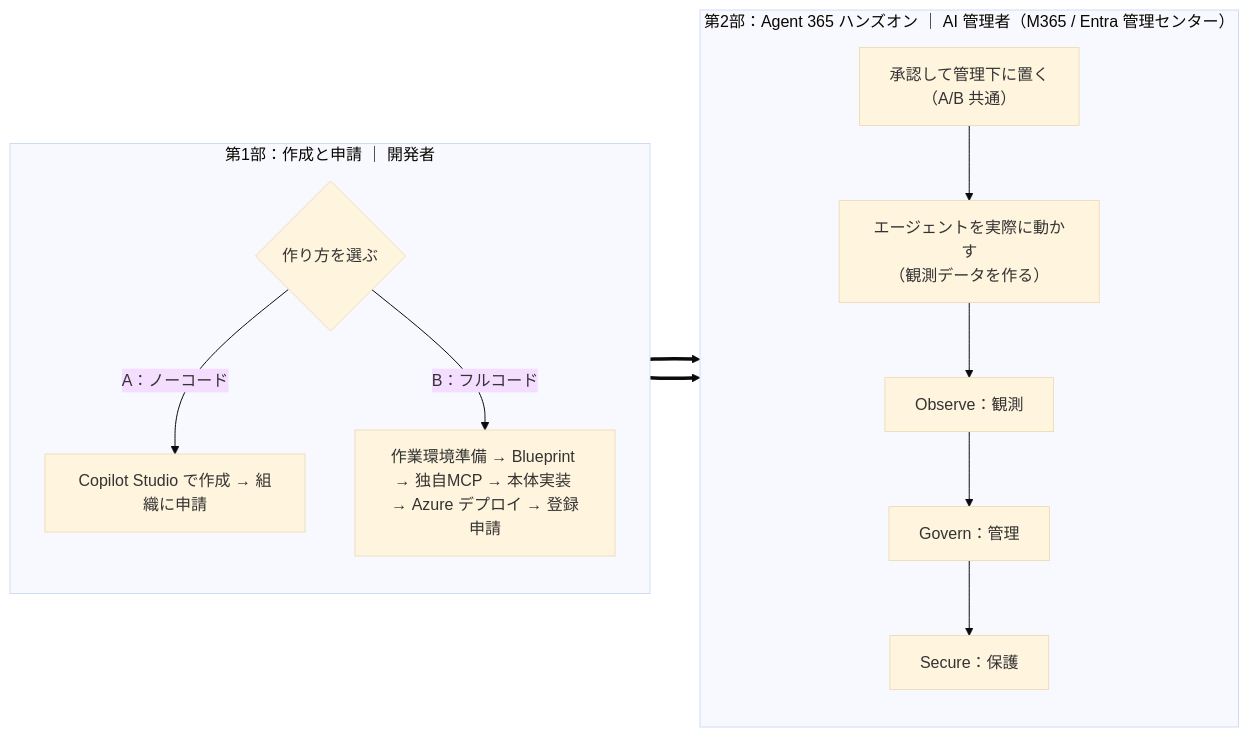
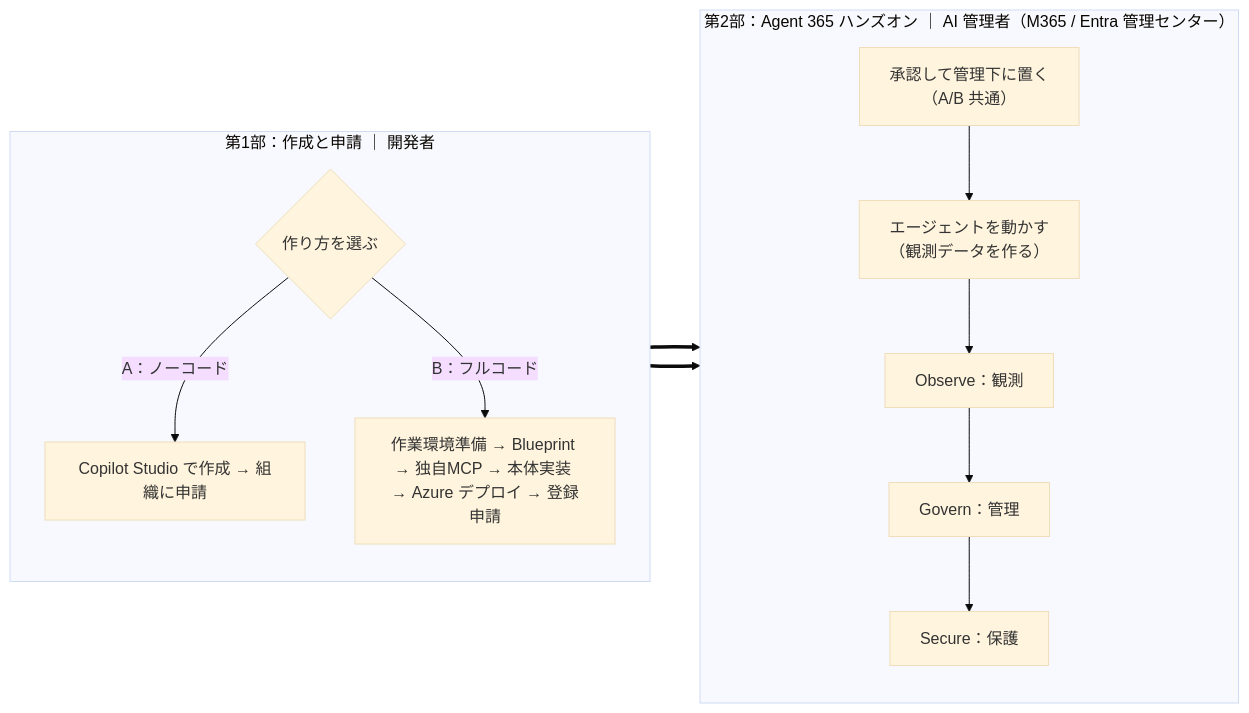
One commit to fatman3110/Agent365-Training changed the diagram in README.MD. Above: the diagram before and after it, drawn with Mermaid (base theme). The commit also changed other lines of this file and 2 other files, not shown here.

````diff
--- a/README.MD
+++ b/README.MD
@@ -22,18 +22,18 @@
 ```mermaid
 flowchart LR
     subgraph P1["第1部：作成と申請 ｜ 開発者"]
         direction TB
         A0{"作り方を選ぶ"}
         A0 -->|"A：ノーコード"| AA["Copilot Studio で作成 → 組織に申請"]
         A0 -->|"B：フルコード"| AB["作業環境準備 → Blueprint → 独自MCP → 本体実装 → Azure デプロイ → 登録申請"]
     end
     subgraph P2["第2部：Agent 365 ハンズオン ｜ AI 管理者（M365 / Entra 管理センター）"]
         direction TB
-        B1["承認して管理下に置く<br/>（A/B 共通）"] --> B2["エージェントを実際に動かす<br/>（観測データを作る）"]
+        B1["承認して管理下に置く<br/>（A/B 共通）"] --> B2["エージェントを動かす<br/>（観測データを作る）"]
         B2 --> B3["Observe：観測"]
         B3 --> B4["Govern：管理"]
         B4 --> B5["Secure：保護"]
     end
     AA ==> B1
     AB ==> B1
 ```
````
